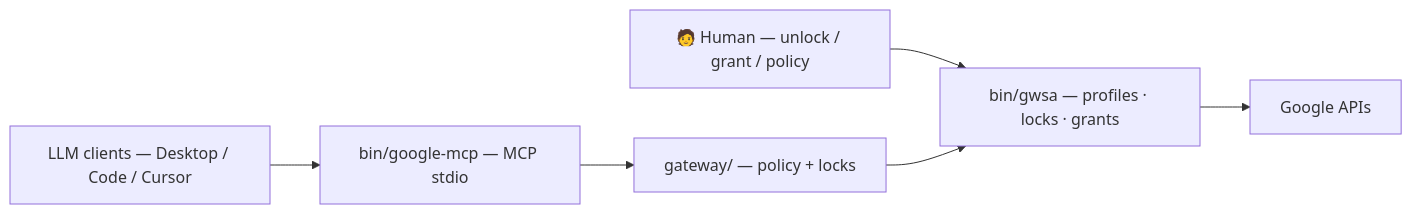
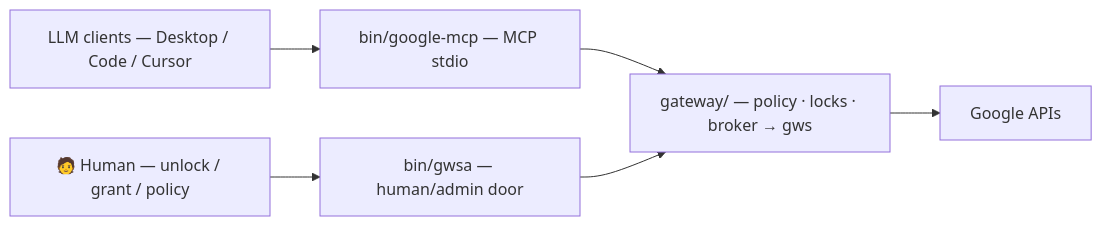
One commit to elzinko/google-mcp-multi-account changed the diagram in README.md. Above: the diagram before and after it, drawn with Mermaid. The commit also changed other lines of this file and 3 other files, not shown here.

````diff
--- a/README.md
+++ b/README.md
@@ -55,11 +67,11 @@
 ```mermaid
 flowchart LR
     USER["🧑 Human — unlock / grant / policy"]
     LLM["LLM clients — Desktop / Code / Cursor"]
     MCP["bin/google-mcp — MCP stdio"]
-    GW["gateway/ — policy + locks"]
-    GWSA["bin/gwsa — profiles · locks · grants"]
+    GW["gateway/ — policy · locks · broker → gws"]
+    GWSA["bin/gwsa — human/admin door"]
     GOOGLE["Google APIs"]
-    USER --> GWSA
-    LLM --> MCP --> GW --> GWSA --> GOOGLE
+    LLM --> MCP --> GW --> GOOGLE
+    USER --> GWSA --> GW
 ```
````
